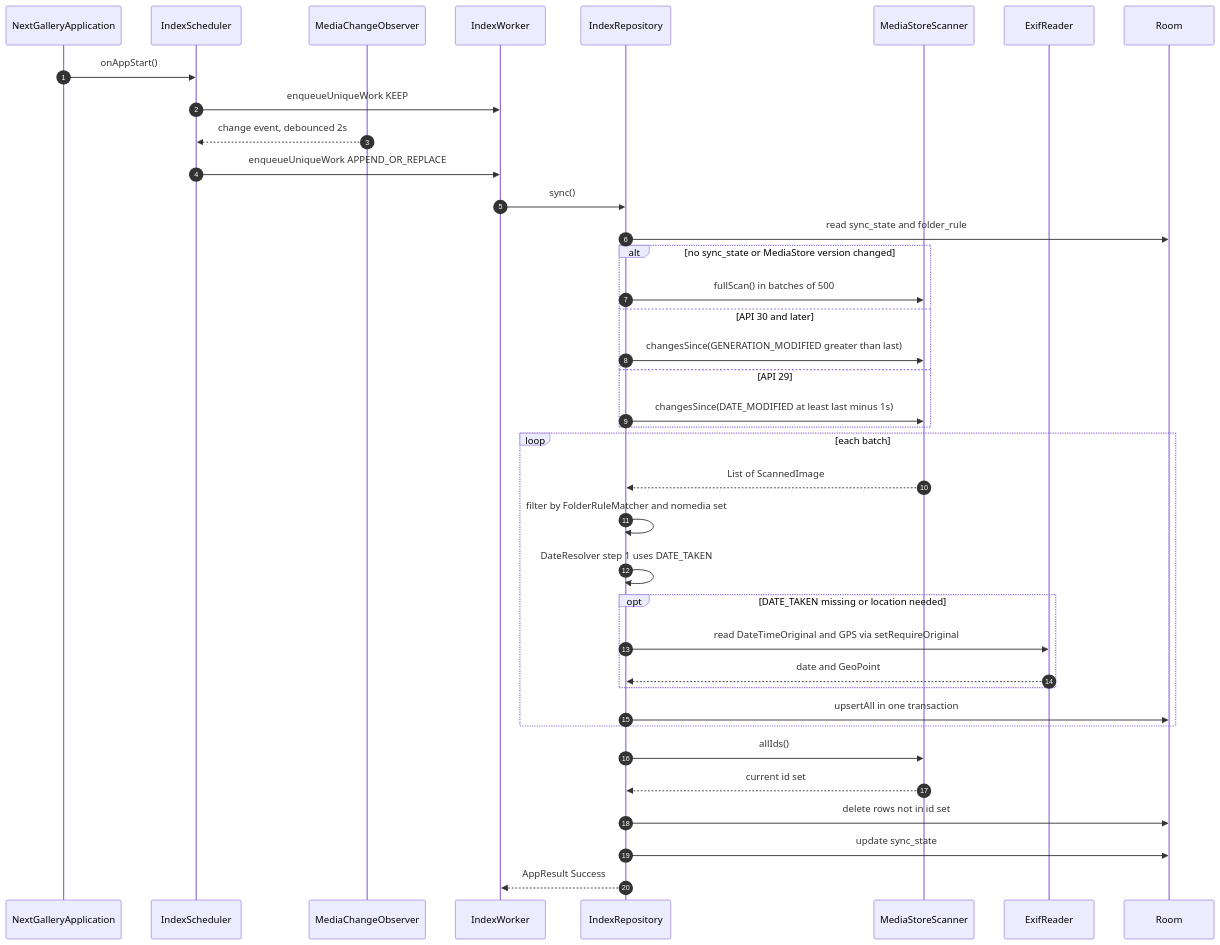
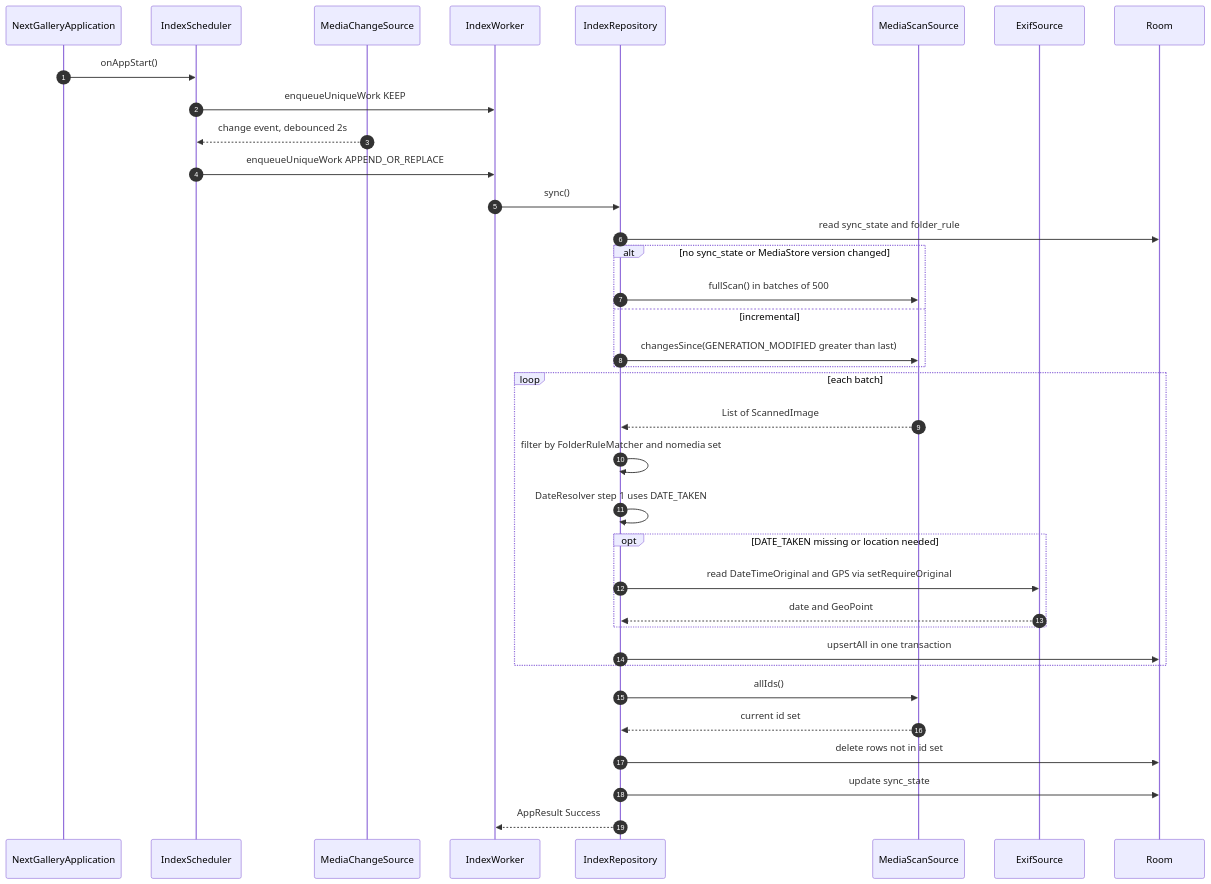
One commit to drehtuer/NextGalleryApp changed the fourth of 12 diagrams in docs/ARCHITECTURE.md. Above: the diagram before and after it, drawn with Mermaid. The commit also changed other lines of this file and 3 other files, not shown here.

````diff
--- a/docs/ARCHITECTURE.md
+++ b/docs/ARCHITECTURE.md
@@ -410,41 +450,39 @@
 ```mermaid
 sequenceDiagram
     autonumber
     participant App as NextGalleryApplication
     participant Sched as IndexScheduler
-    participant Obs as MediaChangeObserver
+    participant Obs as MediaChangeSource
     participant W as IndexWorker
     participant Idx as IndexRepository
-    participant Scan as MediaStoreScanner
-    participant Exif as ExifReader
+    participant Scan as MediaScanSource
+    participant Exif as ExifSource
     participant DB as Room
 
     App->>Sched: onAppStart()
     Sched->>W: enqueueUniqueWork KEEP
     Obs-->>Sched: change event, debounced 2s
     Sched->>W: enqueueUniqueWork APPEND_OR_REPLACE
     W->>Idx: sync()
     Idx->>DB: read sync_state and folder_rule
     alt no sync_state or MediaStore version changed
         Idx->>Scan: fullScan() in batches of 500
-    else API 30 and later
+    else incremental
         Idx->>Scan: changesSince(GENERATION_MODIFIED greater than last)
-    else API 29
-        Idx->>Scan: changesSince(DATE_MODIFIED at least last minus 1s)
     end
     loop each batch
         Scan-->>Idx: List of ScannedImage
         Idx->>Idx: filter by FolderRuleMatcher and nomedia set
         Idx->>Idx: DateResolver step 1 uses DATE_TAKEN
         opt DATE_TAKEN missing or location needed
             Idx->>Exif: read DateTimeOriginal and GPS via setRequireOriginal
             Exif-->>Idx: date and GeoPoint
         end
         Idx->>DB: upsertAll in one transaction
     end
     Idx->>Scan: allIds()
     Scan-->>Idx: current id set
     Idx->>DB: delete rows not in id set
     Idx->>DB: update sync_state
     Idx-->>W: AppResult Success
 ```
````
